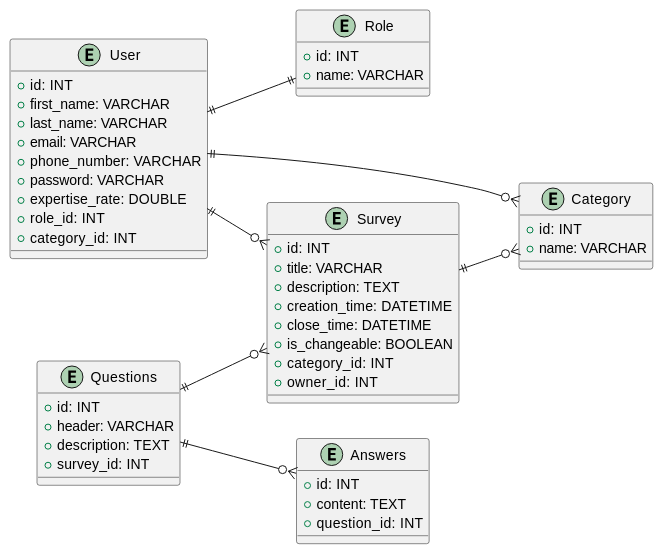
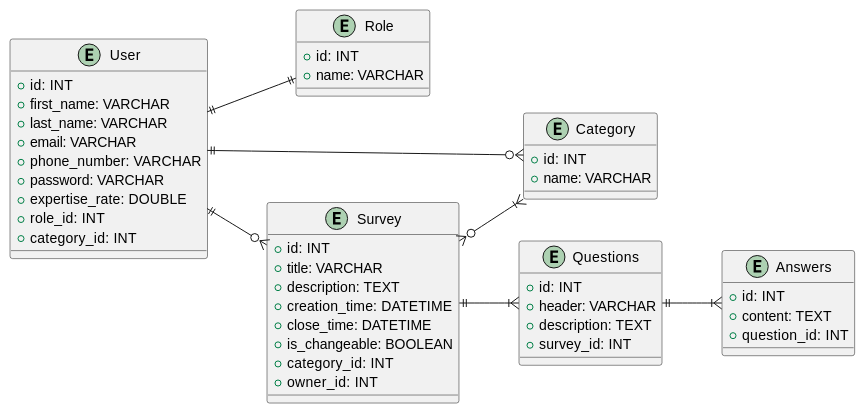
The second of 2 diagrams in docs/design.md (generalmaks/db_labs), drawn with PlantUML before and after one commit.

Commit message:
Fix ER model

````diff
--- a/docs/design.md
+++ b/docs/design.md
@@ -98,60 +98,59 @@
 ```plantuml
 @startuml
 
 left to right direction
   
   entity "Role" {
     + id: INT
     + name: VARCHAR
   }
   
   entity "User" {
     + id: INT 
     + first_name: VARCHAR
     + last_name: VARCHAR
     + email: VARCHAR
     + phone_number: VARCHAR
     + password: VARCHAR
     + expertise_rate: DOUBLE
     + role_id: INT
     + category_id: INT
   }
   
   entity "Category" {
     + id: INT
     + name: VARCHAR
   }
   
   entity "Survey" {
     + id: INT
     + title: VARCHAR
     + description: TEXT
     + creation_time: DATETIME 
     + close_time: DATETIME
     + is_changeable: BOOLEAN
     + category_id: INT 
     + owner_id: INT
   }
   
   entity "Questions" {
     + id: INT
     + header: VARCHAR
     + description: TEXT
     + survey_id: INT
   }
   
   entity "Answers" {
     + id: INT
     + content: TEXT
     + question_id: INT
   }
   
   "User" ||--|| "Role"
   "User" ||--o{ "Category"
   "User" ||--o{ "Survey"
-  "Questions" ||--o{ "Survey"
-  "Questions" ||--o{ "Answers"
-  "Survey" ||--o{ "Category"
-
+  "Survey" ||--|{ "Questions"
+  "Questions" ||--|{ "Answers"
+  "Survey" }o--|{ "Category"
 @enduml
 ```
````
